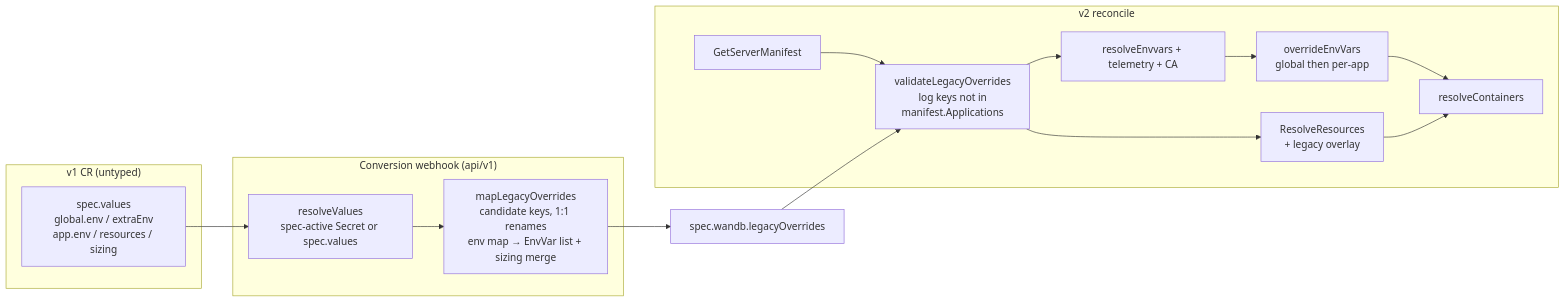
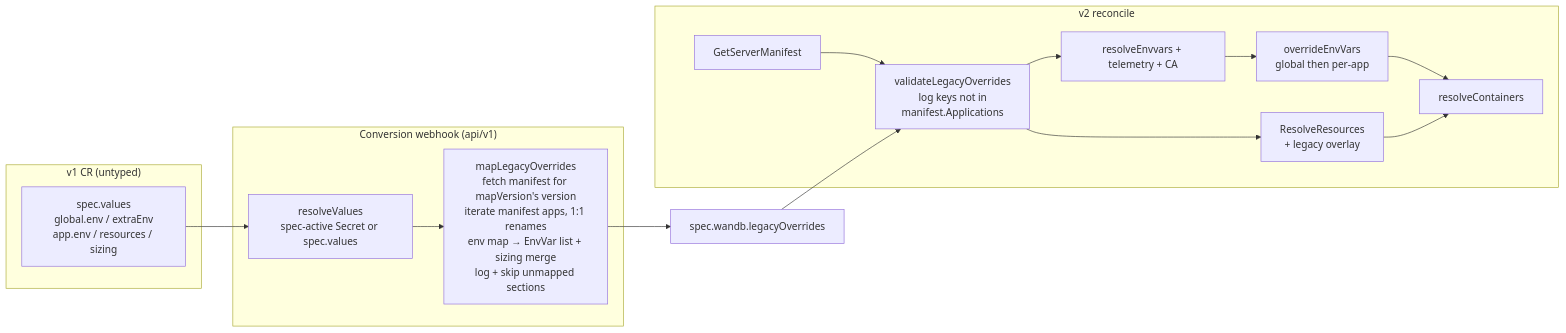
The diagram in docs/design/wandb_v2/legacy_overrides.md (wandb/operator), drawn with Mermaid before and after one commit. The commit also changed other lines of this file and 4 other files, not shown here.

First line of the commit message:
refactor(conversion): Drive legacy override extraction from the server manifest

````diff
--- a/docs/design/wandb_v2/legacy_overrides.md
+++ b/docs/design/wandb_v2/legacy_overrides.md
@@ -236,17 +241,17 @@
 ```mermaid
 flowchart LR
     subgraph v1["v1 CR (untyped)"]
         V[spec.values<br/>global.env / extraEnv<br/>app.env / resources / sizing]
     end
     subgraph conv["Conversion webhook (api/v1)"]
-        RV[resolveValues<br/>spec-active Secret or spec.values] --> MLO[mapLegacyOverrides<br/>candidate keys, 1:1 renames<br/>env map → EnvVar list + sizing merge]
+        RV[resolveValues<br/>spec-active Secret or spec.values] --> MLO[mapLegacyOverrides<br/>fetch manifest for mapVersion's version<br/>iterate manifest apps, 1:1 renames<br/>env map → EnvVar list + sizing merge<br/>log + skip unmapped sections]
     end
     subgraph rec["v2 reconcile"]
         GM[GetServerManifest] --> PR[validateLegacyOverrides<br/>log keys not in<br/>manifest.Applications]
         PR --> ENV[resolveEnvvars + telemetry + CA] --> OV[overrideEnvVars<br/>global then per-app] --> RC[resolveContainers]
         PR --> RR[ResolveResources<br/>+ legacy overlay] --> RC
     end
     V --> RV
     MLO --> LO["spec.wandb.legacyOverrides"]
     LO --> PR
 ```
````
